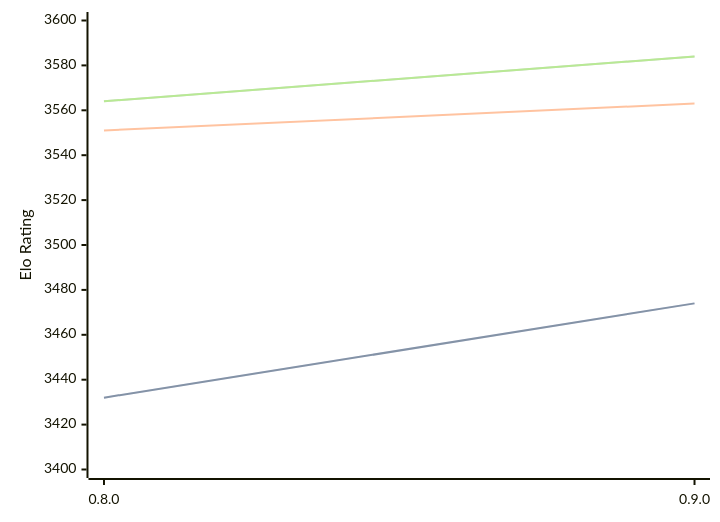
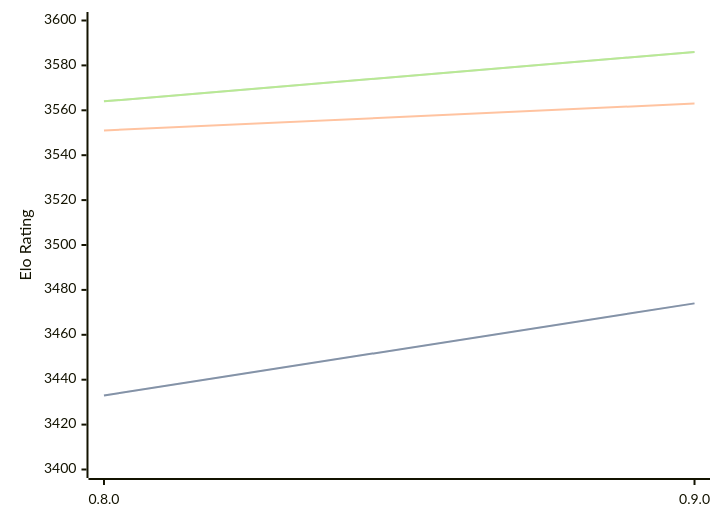
One commit to computer-chess-index/cci changed the diagram in engines/Reckless.md. Above: the diagram before and after it, drawn with Mermaid. The commit also changed other lines of this file, not shown here.

Commit message:
Update CCI Ratings (ELO VLTC) - 2026-08-10

````diff
--- a/engines/Reckless.md
+++ b/engines/Reckless.md
@@ -32,11 +32,11 @@
 ```mermaid
 %%{init: {"theme":"base","themeVariables":{"seriesColors:['#a3a3a3','#222221','#faa371']}}}%%
 xychart-beta
   x-axis ["0.8.0", "0.9.0"]
   y-axis "Elo Rating" 3400 --> 3600
-  line "STC (8.0+0.08s)" [3432, 3474]
-  line "STC (8.0+0.08s)" [3432, 3474]
+  line "STC (8.0+0.08s)" [3433, 3474]
+  line "STC (8.0+0.08s)" [3433, 3474]
   line "LTC (60.0+0.60s)" [3551, 3563]
-  line "VLTC (2m24s+1.12s)" [3564, 3584]
-  line "VLTC (2m24s+1.12s)" [3564, 3584]
+  line "VLTC (2m24s+1.12s)" [3564, 3586]
+  line "VLTC (2m24s+1.12s)" [3564, 3586]
 ```
````
